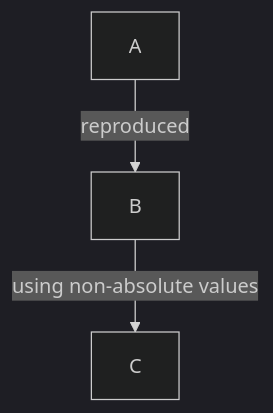
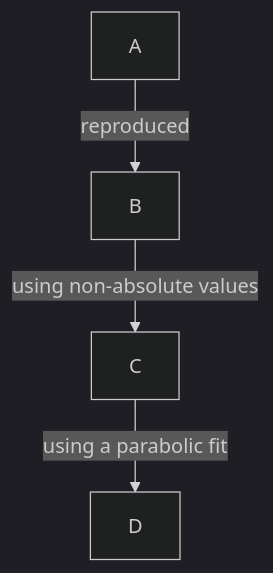
One commit to richelbilderbeek/Bolnick_and_Stutz_2017 changed the diagram in README.md. Above: the diagram before and after it, drawn with Mermaid (dark theme). The commit also changed other lines of this file, not shown here.

Commit message:
Show parabolic fit

````diff
--- a/README.md
+++ b/README.md
@@ -19,8 +19,9 @@
 ```mermaid
 flowchart TD
     A
     B
     C
     A --> |reproduced| B
     B --> |using non-absolute values| C  
+    C --> |using a parabolic fit| D
 ```
````
